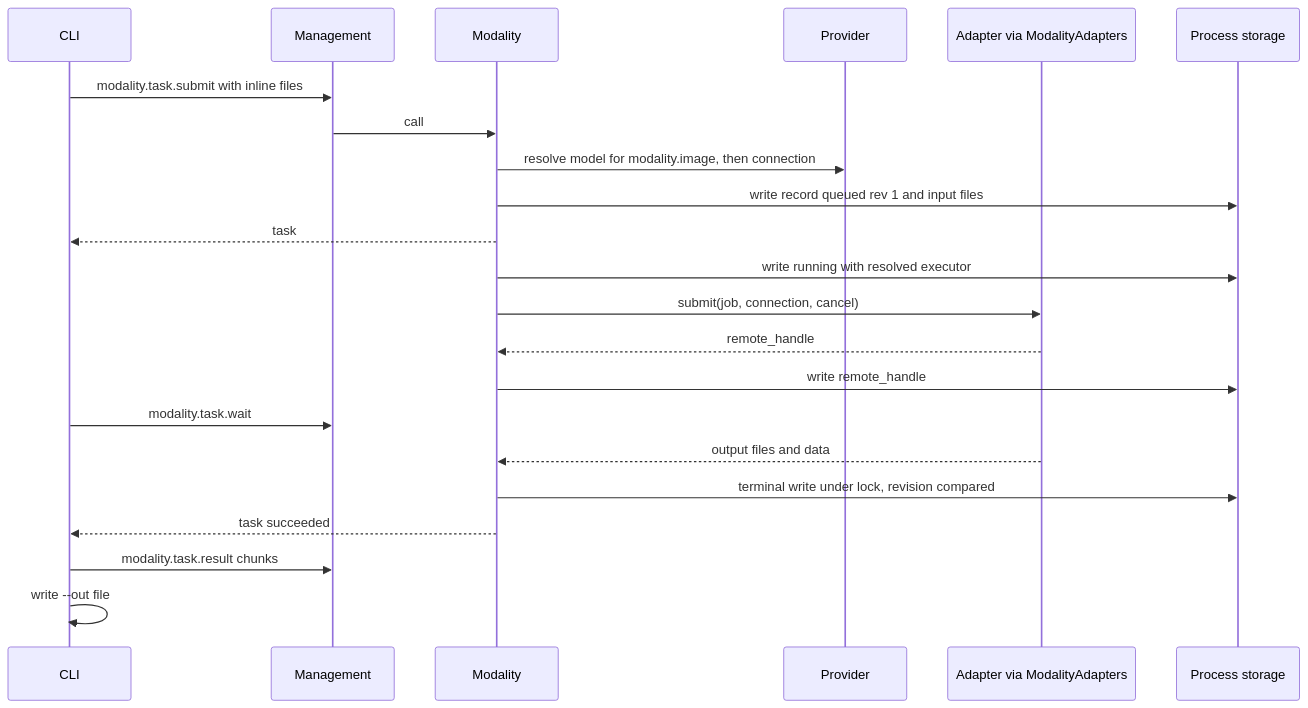
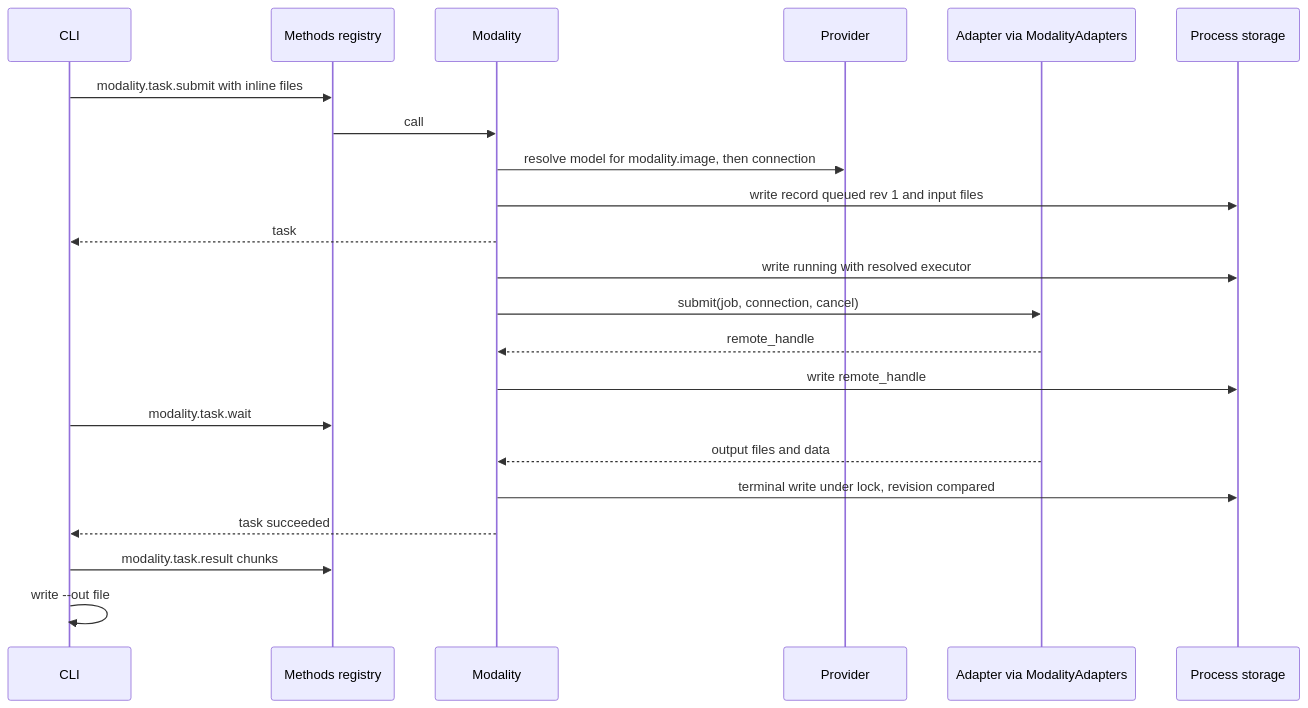
Before and after one commit to CoutinhoTTS/dim-agent: the third of 6 diagrams in docs/design/plugins/Modality.md, drawn with Mermaid. The commit also changed other lines of this file and 3 other files, not shown here.

````diff
--- a/docs/design/plugins/Modality.md
+++ b/docs/design/plugins/Modality.md
@@ -86,24 +80,24 @@
 ```mermaid
 sequenceDiagram
   participant C as CLI
-  participant M as Management
+  participant M as Methods registry
   participant D as Modality
   participant P as Provider
   participant A as Adapter via ModalityAdapters
   participant S as Process storage
   C->>M: modality.task.submit with inline files
   M->>D: call
   D->>P: resolve model for modality.image, then connection
   D->>S: write record queued rev 1 and input files
   D-->>C: task
   D->>S: write running with resolved executor
   D->>A: submit(job, connection, cancel)
   A-->>D: remote_handle
   D->>S: write remote_handle
   C->>M: modality.task.wait
   A-->>D: output files and data
   D->>S: terminal write under lock, revision compared
   D-->>C: task succeeded
   C->>M: modality.task.result chunks
   C->>C: write --out file
 ```
````
